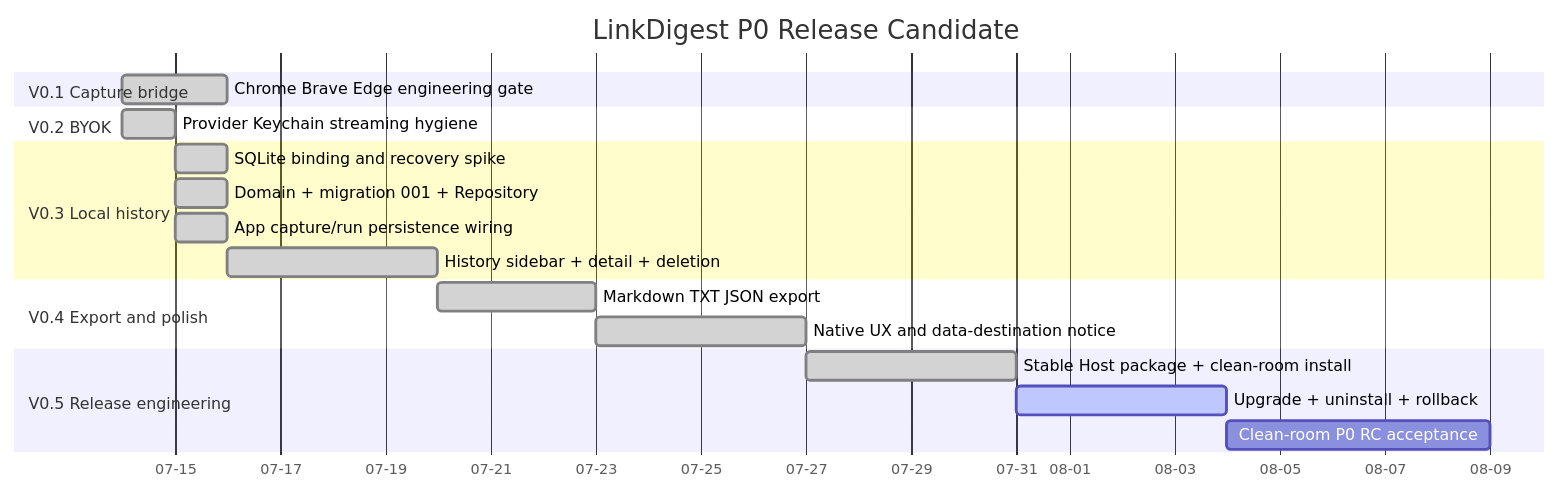
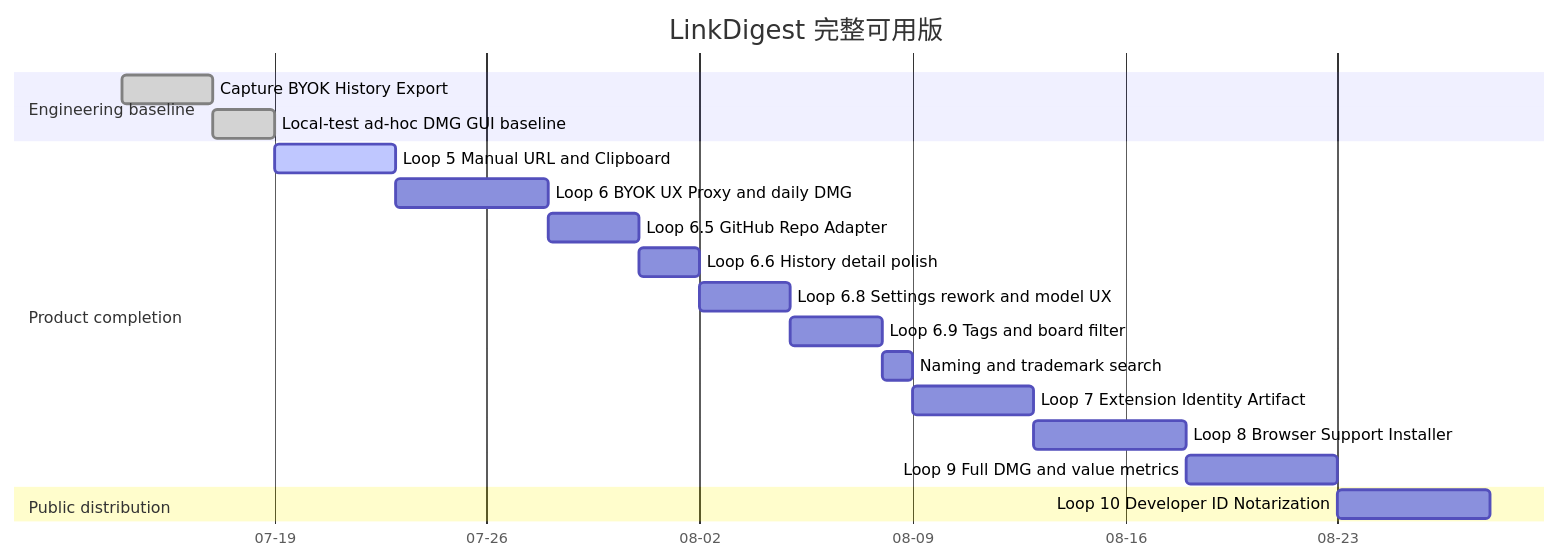
One commit to Songxiaor/jizuo changed the diagram in brain/roadmap.md. Above: the diagram before and after it, drawn with Mermaid. The commit also changed other lines of this file and 305 other files, not shown here.

````diff
--- a/brain/roadmap.md
+++ b/brain/roadmap.md
@@ -12,22 +12,22 @@
 ```mermaid
 gantt
-  title LinkDigest P0 Release Candidate
+  title LinkDigest 完整可用版
   dateFormat  YYYY-MM-DD
   axisFormat  %m-%d
-  section V0.1 Capture bridge
-  Chrome Brave Edge engineering gate    :done, c1, 2026-07-14, 2d
-  section V0.2 BYOK
-  Provider Keychain streaming hygiene   :done, b1, 2026-07-14, 1d
-  section V0.3 Local history
-  SQLite binding and recovery spike     :done, s1, 2026-07-15, 1d
-  Domain + migration 001 + Repository   :done, s2, 2026-07-15, 1d
-  App capture/run persistence wiring    :done, s3, 2026-07-15, 1d
-  History sidebar + detail + deletion   :done, s4, after s3, 4d
-  section V0.4 Export and polish
-  Markdown TXT JSON export              :done, e1, after s4, 3d
-  Native UX and data-destination notice :done, e2, after e1, 4d
-  section V0.5 Release engineering
-  Stable Host package + clean-room install :done, r1, after e2, 4d
-  Upgrade + uninstall + rollback        :active, r2, after r1, 4d
-  Clean-room P0 RC acceptance           :r3, after r2, 5d
+  section Engineering baseline
+  Capture BYOK History Export           :done, base1, 2026-07-14, 3d
+  Local-test ad-hoc DMG GUI baseline    :done, base2, after base1, 2d
+  section Product completion
+  Loop 5 Manual URL and Clipboard       :active, l5, after base2, 4d
+  Loop 6 BYOK UX Proxy and daily DMG    :l6, after l5, 5d
+  Loop 6.5 GitHub Repo Adapter          :l65, after l6, 3d
+  Loop 6.6 History detail polish        :l66, after l65, 2d
+  Loop 6.8 Settings rework and model UX :l68, after l66, 3d
+  Loop 6.9 Tags and board filter        :l69, after l68, 3d
+  Naming and trademark search           :name1, after l69, 1d
+  Loop 7 Extension Identity Artifact    :l7, after name1, 4d
+  Loop 8 Browser Support Installer      :l8, after l7, 5d
+  Loop 9 Full DMG and value metrics     :l9, after l8, 5d
+  section Public distribution
+  Loop 10 Developer ID Notarization     :l10, after l9, 5d
 ```
````
